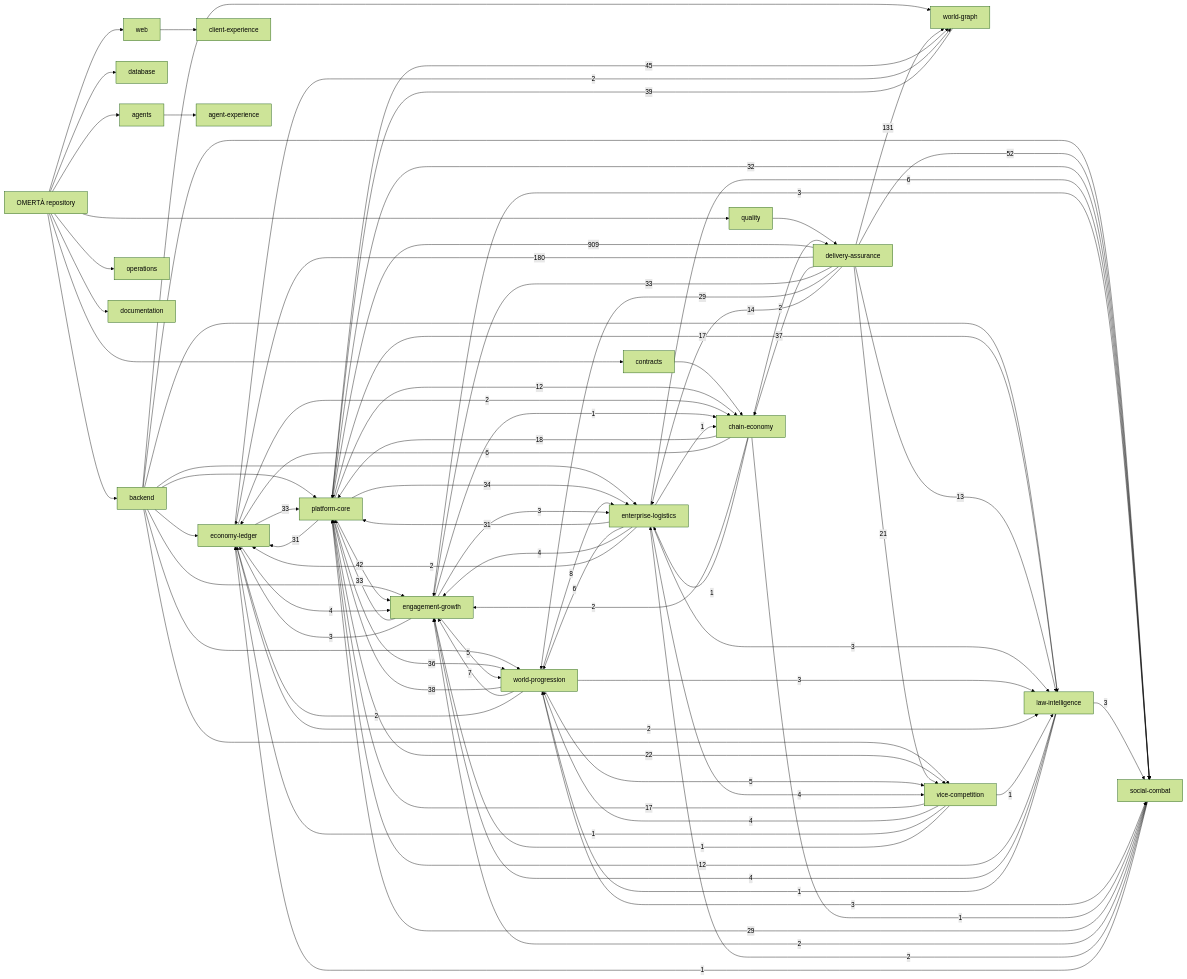
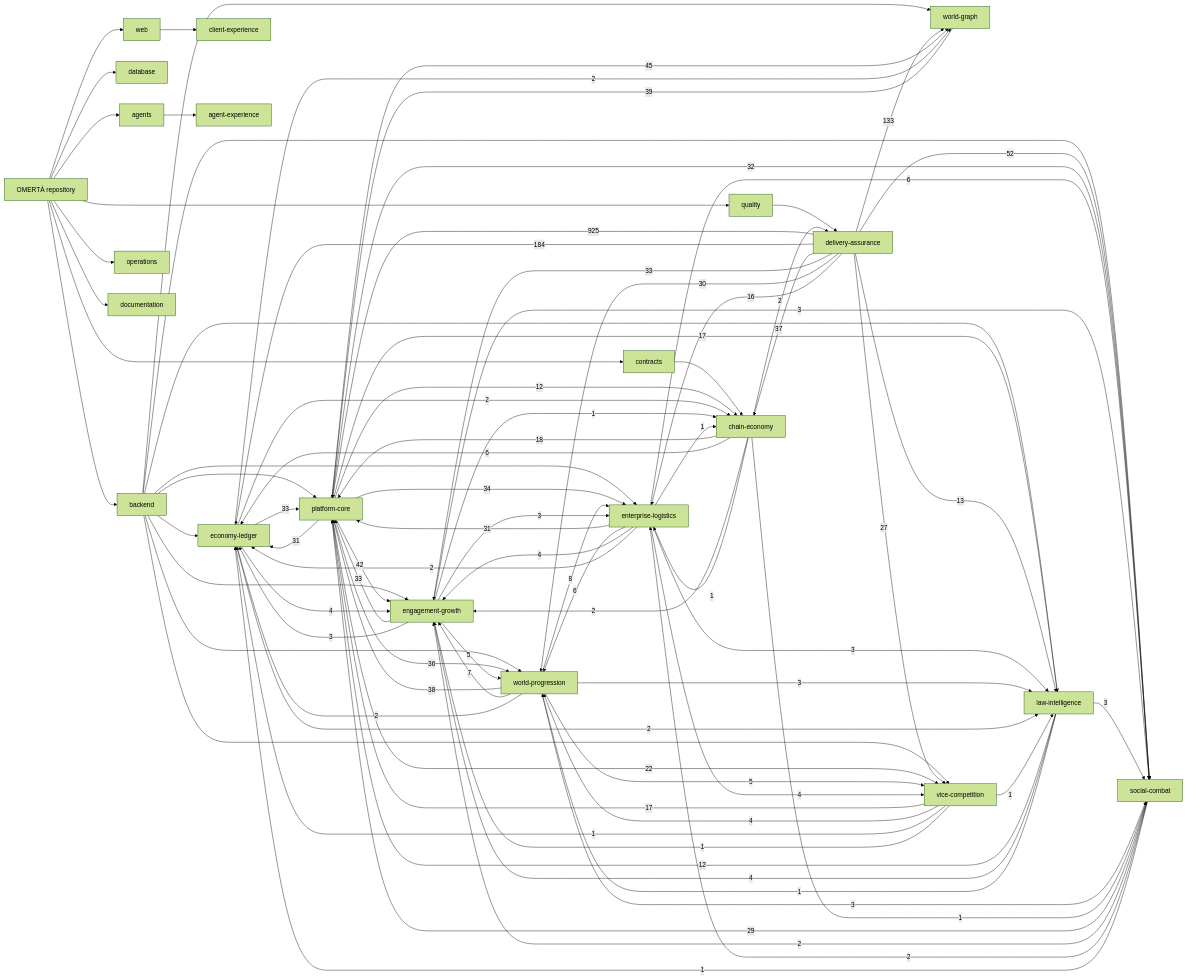
Before and after one commit to OmertaDev/Omerta: the diagram in knowledge/generated/graph.mmd, drawn with Mermaid (forest theme). The commit also changed 7 other files, not shown here.

```diff
--- a/knowledge/generated/graph.mmd
+++ b/knowledge/generated/graph.mmd
@@ -1,109 +1,109 @@
 flowchart LR
   repo["OMERTÀ repository"]
   sub_backend["backend"]
   repo --> sub_backend
   sub_database["database"]
   repo --> sub_database
   sub_web["web"]
   repo --> sub_web
   sub_contracts["contracts"]
   repo --> sub_contracts
   sub_agents["agents"]
   repo --> sub_agents
   sub_quality["quality"]
   repo --> sub_quality
   sub_operations["operations"]
   repo --> sub_operations
   sub_documentation["documentation"]
   repo --> sub_documentation
   dom_platform-core["platform-core"]
   dom_economy-ledger["economy-ledger"]
   dom_social-combat["social-combat"]
   dom_world-progression["world-progression"]
   dom_world-graph["world-graph"]
   dom_enterprise-logistics["enterprise-logistics"]
   dom_vice-competition["vice-competition"]
   dom_law-intelligence["law-intelligence"]
   dom_chain-economy["chain-economy"]
   dom_engagement-growth["engagement-growth"]
   dom_client-experience["client-experience"]
   dom_agent-experience["agent-experience"]
   dom_delivery-assurance["delivery-assurance"]
   sub_agents --> dom_agent-experience
   sub_backend --> dom_economy-ledger
   sub_backend --> dom_engagement-growth
   sub_backend --> dom_enterprise-logistics
   sub_backend --> dom_law-intelligence
   sub_backend --> dom_platform-core
   sub_backend --> dom_social-combat
   sub_backend --> dom_vice-competition
   sub_backend --> dom_world-graph
   sub_backend --> dom_world-progression
   sub_contracts --> dom_chain-economy
   sub_quality --> dom_delivery-assurance
   sub_web --> dom_client-experience
-  dom_delivery-assurance -->|909| dom_platform-core
-  dom_delivery-assurance -->|180| dom_economy-ledger
-  dom_delivery-assurance -->|131| dom_world-graph
+  dom_delivery-assurance -->|925| dom_platform-core
+  dom_delivery-assurance -->|184| dom_economy-ledger
+  dom_delivery-assurance -->|133| dom_world-graph
   dom_delivery-assurance -->|52| dom_social-combat
   dom_platform-core -->|45| dom_world-graph
   dom_platform-core -->|42| dom_engagement-growth
   dom_world-graph -->|39| dom_platform-core
   dom_world-progression -->|38| dom_platform-core
   dom_delivery-assurance -->|37| dom_chain-economy
   dom_platform-core -->|36| dom_world-progression
   dom_platform-core -->|34| dom_enterprise-logistics
   dom_delivery-assurance -->|33| dom_engagement-growth
   dom_economy-ledger -->|33| dom_platform-core
   dom_engagement-growth -->|33| dom_platform-core
   dom_platform-core -->|32| dom_social-combat
   dom_enterprise-logistics -->|31| dom_platform-core
   dom_platform-core -->|31| dom_economy-ledger
-  dom_delivery-assurance -->|29| dom_world-progression
+  dom_delivery-assurance -->|30| dom_world-progression
   dom_social-combat -->|29| dom_platform-core
+  dom_delivery-assurance -->|27| dom_vice-competition
   dom_platform-core -->|22| dom_vice-competition
-  dom_delivery-assurance -->|21| dom_vice-competition
   dom_chain-economy -->|18| dom_platform-core
   dom_platform-core -->|17| dom_law-intelligence
   dom_vice-competition -->|17| dom_platform-core
-  dom_delivery-assurance -->|14| dom_enterprise-logistics
+  dom_delivery-assurance -->|16| dom_enterprise-logistics
   dom_delivery-assurance -->|13| dom_law-intelligence
   dom_law-intelligence -->|12| dom_platform-core
   dom_platform-core -->|12| dom_chain-economy
   dom_world-progression -->|8| dom_enterprise-logistics
   dom_world-progression -->|7| dom_engagement-growth
   dom_chain-economy -->|6| dom_economy-ledger
   dom_enterprise-logistics -->|6| dom_social-combat
   dom_enterprise-logistics -->|6| dom_world-progression
   dom_engagement-growth -->|5| dom_world-progression
   dom_world-progression -->|5| dom_vice-competition
   dom_economy-ledger -->|4| dom_engagement-growth
   dom_enterprise-logistics -->|4| dom_engagement-growth
   dom_enterprise-logistics -->|4| dom_vice-competition
   dom_law-intelligence -->|4| dom_engagement-growth
   dom_vice-competition -->|4| dom_world-progression
   dom_engagement-growth -->|3| dom_economy-ledger
   dom_engagement-growth -->|3| dom_enterprise-logistics
   dom_engagement-growth -->|3| dom_social-combat
   dom_enterprise-logistics -->|3| dom_law-intelligence
   dom_law-intelligence -->|3| dom_social-combat
   dom_world-progression -->|3| dom_law-intelligence
   dom_world-progression -->|3| dom_social-combat
   dom_chain-economy -->|2| dom_delivery-assurance
   dom_chain-economy -->|2| dom_engagement-growth
   dom_economy-ledger -->|2| dom_chain-economy
   dom_economy-ledger -->|2| dom_law-intelligence
   dom_economy-ledger -->|2| dom_world-graph
   dom_enterprise-logistics -->|2| dom_economy-ledger
   dom_social-combat -->|2| dom_engagement-growth
   dom_social-combat -->|2| dom_enterprise-logistics
   dom_world-progression -->|2| dom_economy-ledger
   dom_chain-economy -->|1| dom_enterprise-logistics
   dom_chain-economy -->|1| dom_social-combat
   dom_engagement-growth -->|1| dom_chain-economy
   dom_enterprise-logistics -->|1| dom_chain-economy
   dom_law-intelligence -->|1| dom_world-progression
   dom_social-combat -->|1| dom_economy-ledger
   dom_vice-competition -->|1| dom_economy-ledger
   dom_vice-competition -->|1| dom_engagement-growth
   dom_vice-competition -->|1| dom_law-intelligence
```
